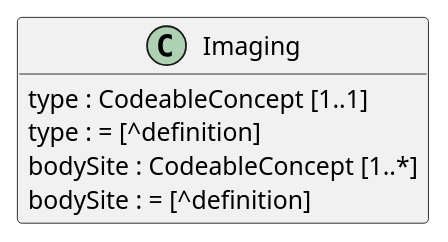
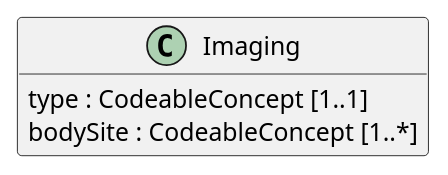
One commit to hl7-eu/cancer-common changed the diagram in input/images-source/Imaging_LM.plantuml. Above: the diagram before and after it, drawn with PlantUML. The commit also changed 9 other files, not shown here.

Commit message:
cleaned up plantuml model diagrams

```diff
--- a/input/images-source/Imaging_LM.plantuml
+++ b/input/images-source/Imaging_LM.plantuml
@@ -1,12 +1,10 @@
 @startuml
 hide empty members
 skinparam classAttributeIconSize 0
 
 class Imaging {
   type : CodeableConcept [1..1]
-  type : = [^definition]
   bodySite : CodeableConcept [1..*]
-  bodySite : = [^definition]
 }
 
 @enduml
```
